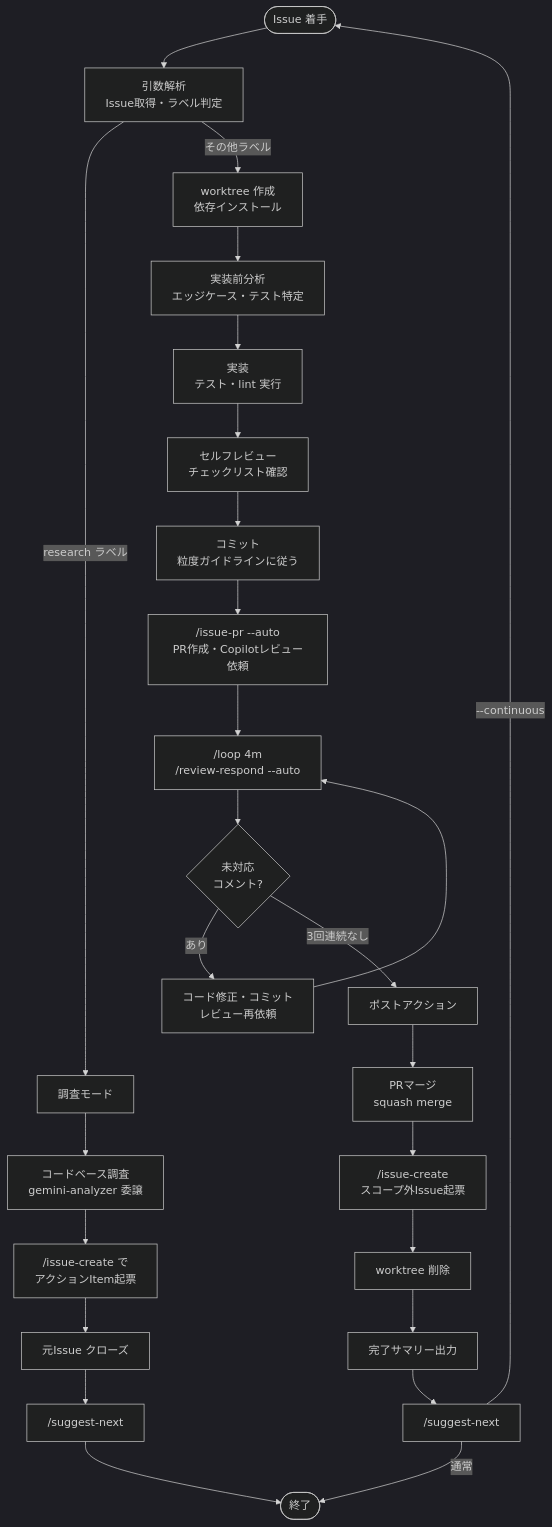
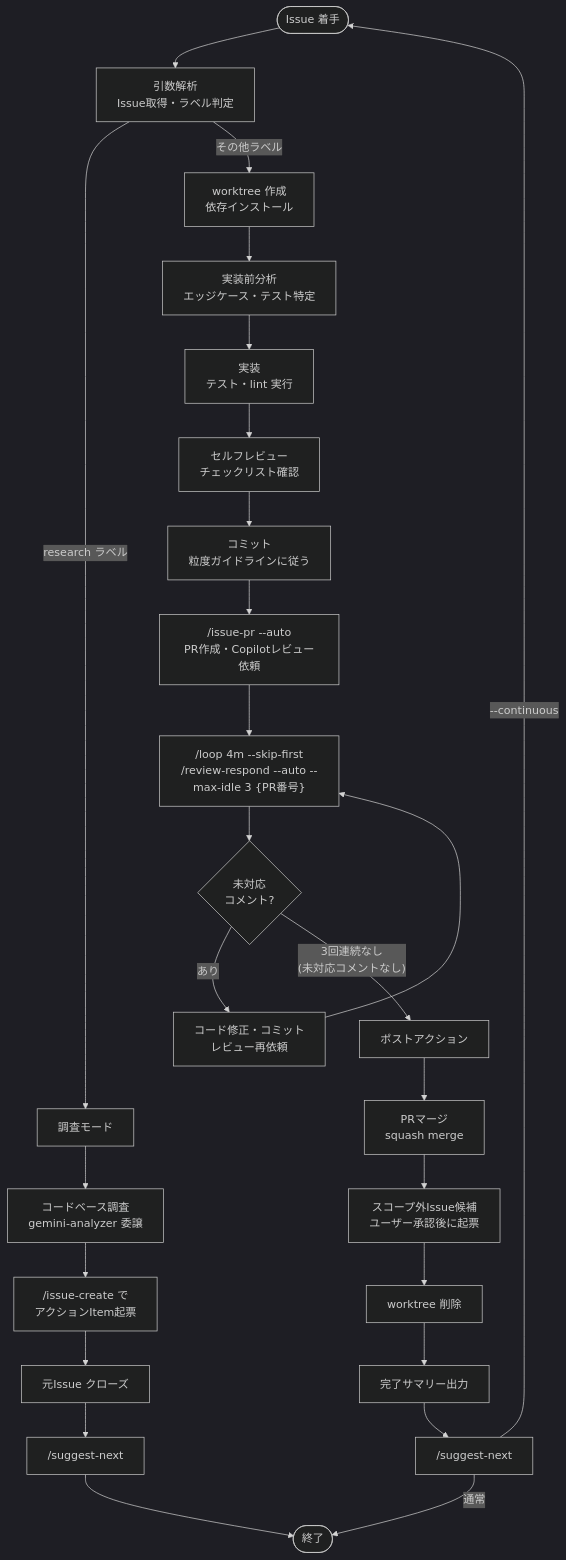
Before and after one commit to KdavisO/claude-project-template: the second of 8 diagrams in docs/command-orchestration.md, drawn with Mermaid (dark theme). The commit also changed other lines of this file, not shown here.

First line of the commit message:
fix: Copilot再レビュー指摘に基づくフロー図の修正（第2ラウンド）

````diff
--- a/docs/command-orchestration.md
+++ b/docs/command-orchestration.md
@@ -62,32 +62,32 @@
 ```mermaid
 flowchart TD
     Start(["Issue 着手"]) --> Parse["引数解析\nIssue取得・ラベル判定"]
     Parse -->|"research ラベル"| Research["調査モード"]
     Parse -->|"その他ラベル"| WT["worktree 作成\n依存インストール"]
 
     Research --> Investigate["コードベース調査\ngemini-analyzer 委譲"]
     Investigate --> CreateIssues["/issue-create で\nアクションItem起票"]
     CreateIssues --> CloseResearch["元Issue クローズ"]
     CloseResearch --> SuggestR["/suggest-next"]
 
     WT --> Analyze["実装前分析\nエッジケース・テスト特定"]
     Analyze --> Implement["実装\nテスト・lint 実行"]
     Implement --> SelfReview["セルフレビュー\nチェックリスト確認"]
     SelfReview --> Commit["コミット\n粒度ガイドラインに従う"]
     Commit --> PR["/issue-pr --auto\nPR作成・Copilotレビュー依頼"]
-    PR --> Poll["/loop 4m\n/review-respond --auto"]
+    PR --> Poll["/loop 4m --skip-first\n/review-respond --auto --max-idle 3 {PR番号}"]
 
     Poll --> Check{"未対応\nコメント?"}
     Check -->|"あり"| Fix["コード修正・コミット\nレビュー再依頼"]
     Fix --> Poll
-    Check -->|"3回連続なし"| PostAction["ポストアクション"]
+    Check -->|"3回連続なし\n(未対応コメントなし)"| PostAction["ポストアクション"]
 
     PostAction --> Merge["PRマージ\nsquash merge"]
-    Merge --> ScopeOut["/issue-create\nスコープ外Issue起票"]
+    Merge --> ScopeOut["スコープ外Issue候補\nユーザー承認後に起票"]
     ScopeOut --> Cleanup["worktree 削除"]
     Cleanup --> Summary["完了サマリー出力"]
     Summary --> Suggest["/suggest-next"]
     Suggest -->|"--continuous"| Start
     Suggest -->|"通常"| End(["終了"])
     SuggestR --> End
 ```
````
